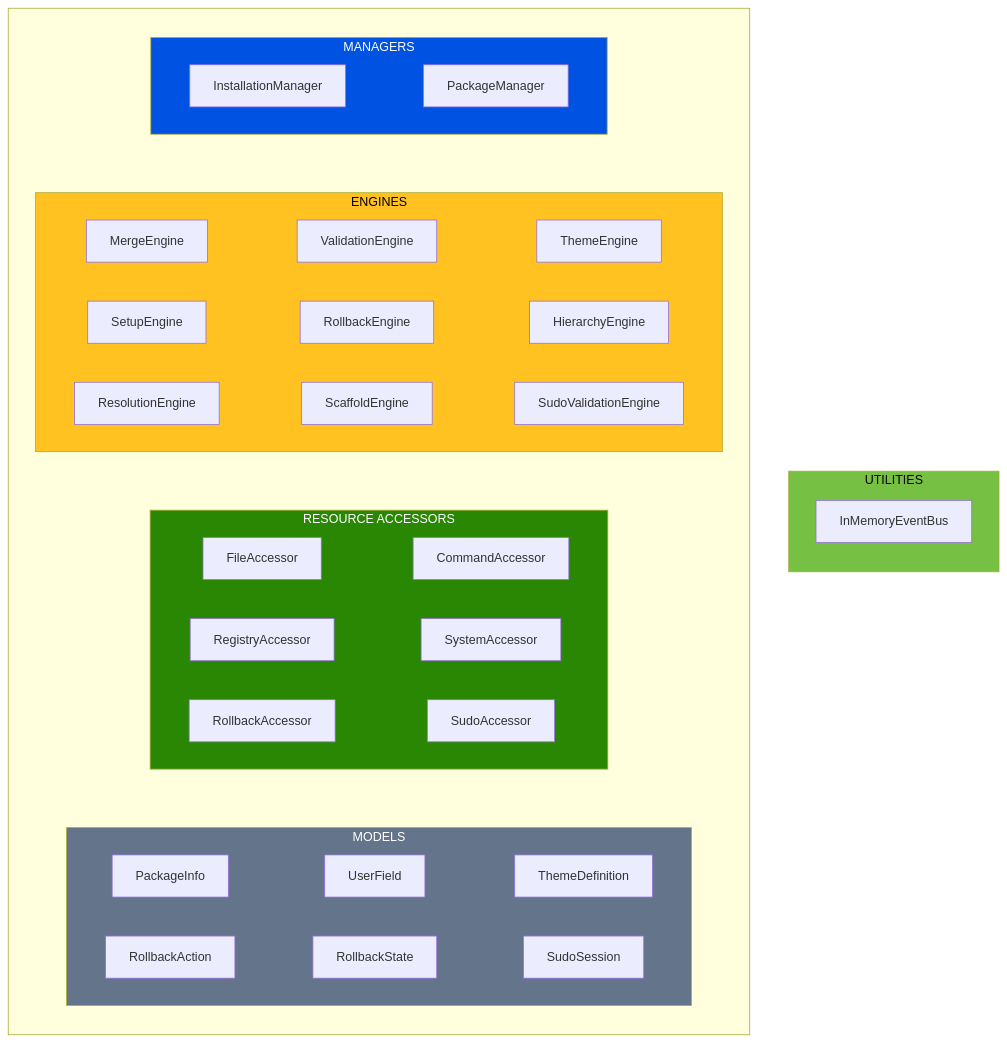
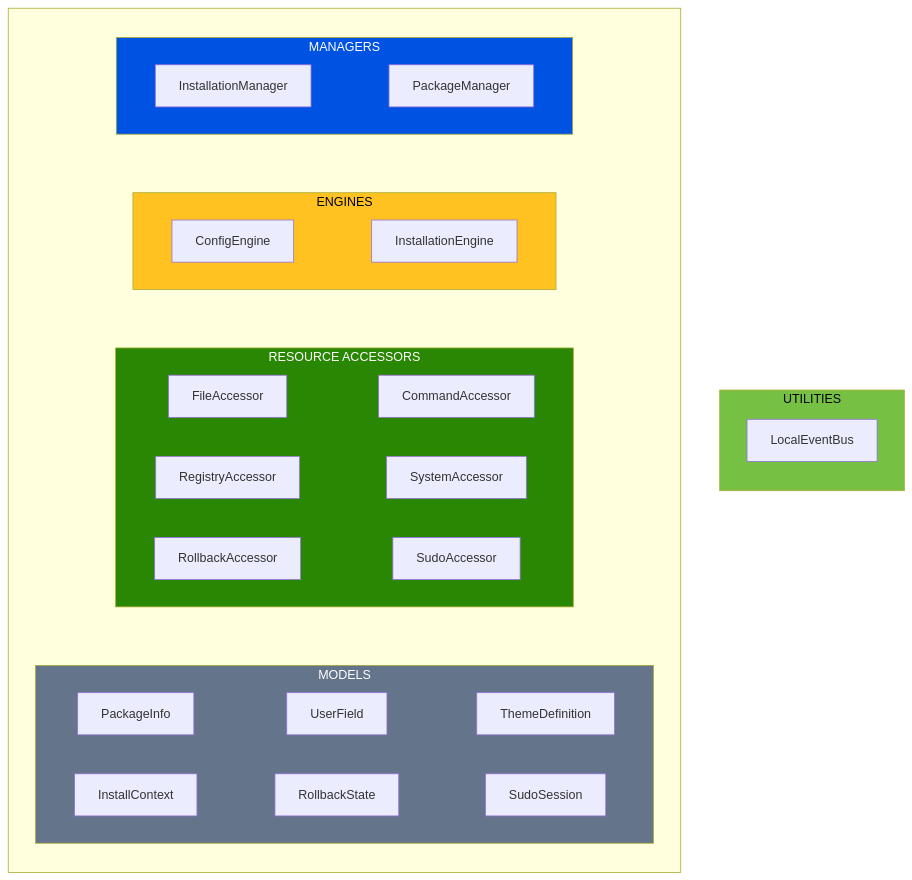
The first of 2 diagrams in docs/reference/architecture.md (andersonwilliam85/prism), drawn with Mermaid before and after one commit. The commit also changed other lines of this file and 62 other files, not shown here.

````diff
--- a/docs/reference/architecture.md
+++ b/docs/reference/architecture.md
@@ -16,39 +16,37 @@
 ```mermaid
 flowchart LR
     subgraph MAIN[" "]
         direction TB
         subgraph MANAGERS["MANAGERS"]
             IM["InstallationManager"] ~~~ PM["PackageManager"]
         end
         subgraph ENGINES["ENGINES"]
-            ME["MergeEngine"] ~~~ VE["ValidationEngine"] ~~~ TE["ThemeEngine"]
-            SE["SetupEngine"] ~~~ RE["RollbackEngine"] ~~~ HE["HierarchyEngine"]
-            RSE["ResolutionEngine"] ~~~ SCE["ScaffoldEngine"] ~~~ SVE["SudoValidationEngine"]
+            CE["ConfigEngine"] ~~~ IE["InstallationEngine"]
         end
         subgraph ACCESSORS["RESOURCE ACCESSORS"]
             FA["FileAccessor"] ~~~ CA["CommandAccessor"]
             RA["RegistryAccessor"] ~~~ SA["SystemAccessor"]
             RBA["RollbackAccessor"] ~~~ SUA["SudoAccessor"]
         end
         subgraph MODELS["MODELS"]
             PI["PackageInfo"] ~~~ UF["UserField"] ~~~ TD["ThemeDefinition"]
-            RAC["RollbackAction"] ~~~ RS["RollbackState"] ~~~ SS["SudoSession"]
+            IC["InstallContext"] ~~~ RS["RollbackState"] ~~~ SS["SudoSession"]
         end
         MANAGERS ~~~ ENGINES
         ENGINES ~~~ ACCESSORS
         ACCESSORS ~~~ MODELS
     end
 
     subgraph UTILITIES["UTILITIES"]
         direction TB
-        EB["InMemoryEventBus"]
+        EB["LocalEventBus"]
     end
 
     MAIN ~~~ UTILITIES
 
     style MANAGERS fill:#0053e2,color:#fff
     style ENGINES fill:#ffc220,color:#000
     style ACCESSORS fill:#2a8703,color:#fff
     style UTILITIES fill:#76c043,color:#000
     style MODELS fill:#64748b,color:#fff
 ```
````
